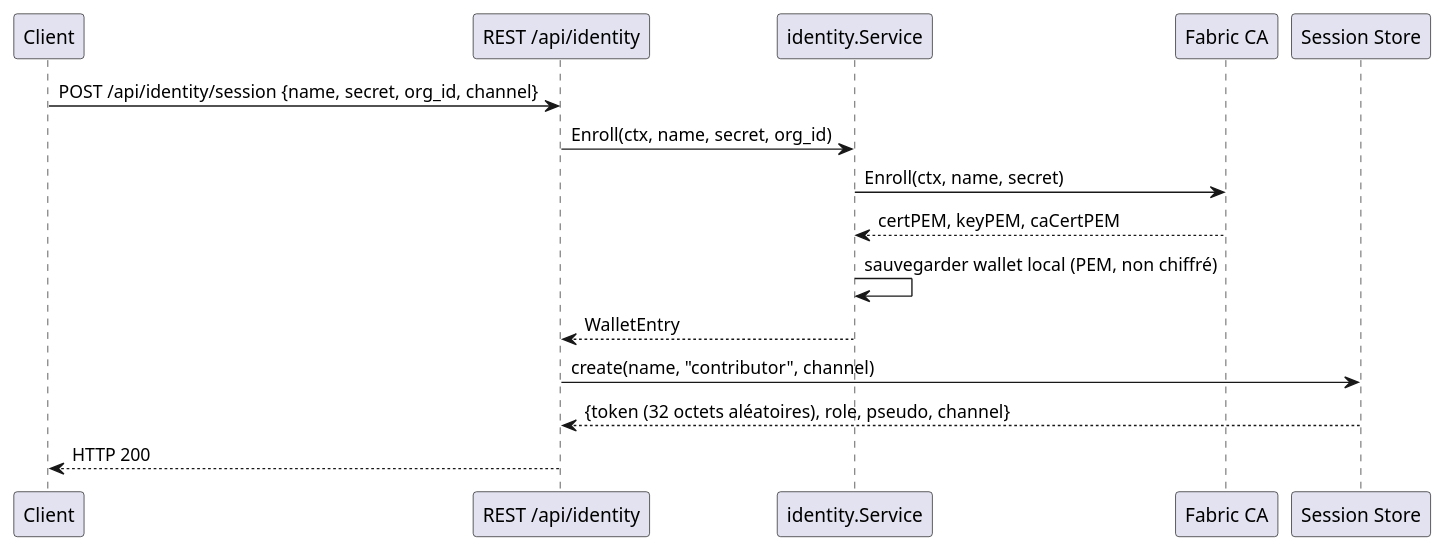
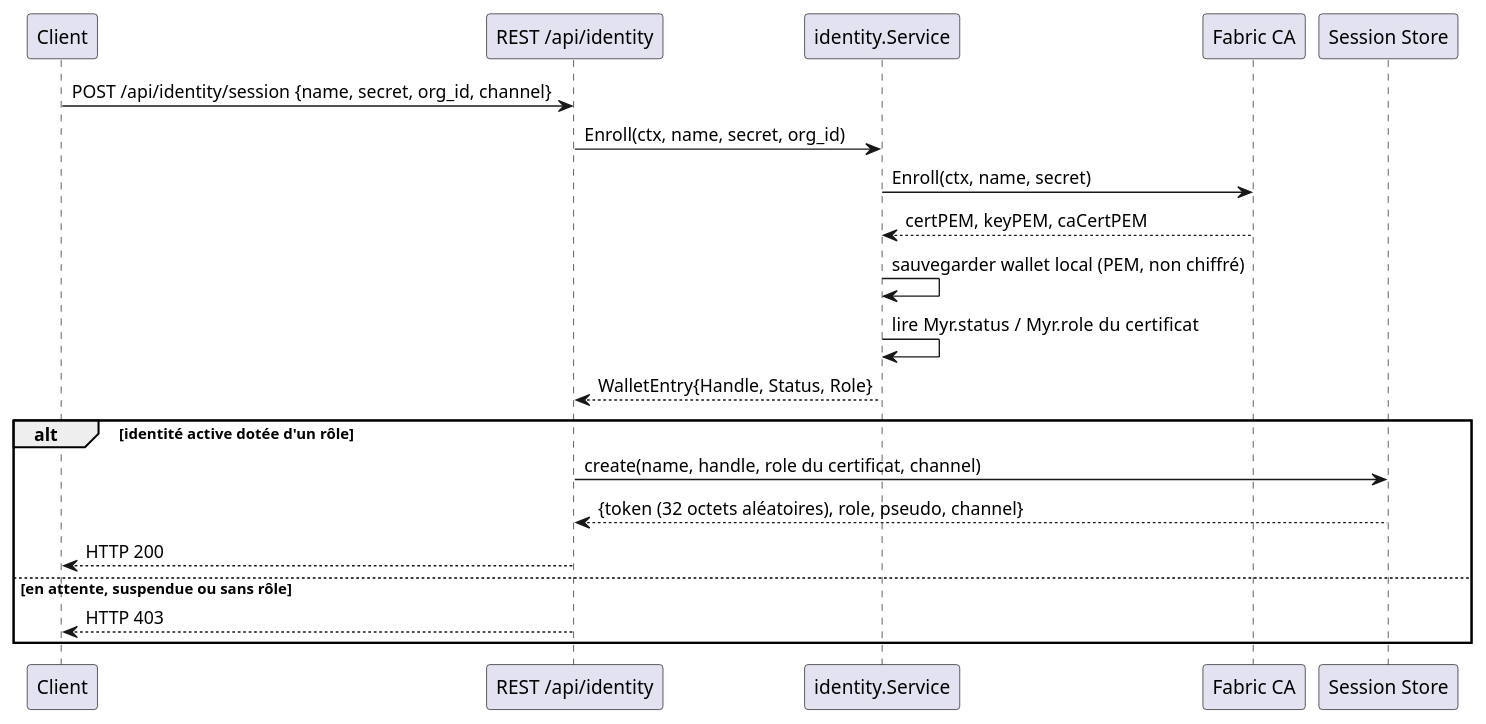
One commit to myr-forge/myr-core changed the second of 3 diagrams in specs/3-Conception/Securite.md. Above: the diagram before and after it, drawn with PlantUML. The commit also changed other lines of this file and 28 other files, not shown here.

First line of the commit message:
feat(identity): read role and status from the certificate, apply network registration rules

````diff
--- a/specs/3-Conception/Securite.md
+++ b/specs/3-Conception/Securite.md
@@ -61,19 +61,24 @@
 ```plantuml
 @startuml
 participant "Client" as C
 participant "REST /api/identity" as REST
 participant "identity.Service" as ISVC
 participant "Fabric CA" as CA
 participant "Session Store" as SESS
 
 C -> REST : POST /api/identity/session {name, secret, org_id, channel}
 REST -> ISVC : Enroll(ctx, name, secret, org_id)
 ISVC -> CA : Enroll(ctx, name, secret)
 CA --> ISVC : certPEM, keyPEM, caCertPEM
 ISVC -> ISVC : sauvegarder wallet local (PEM, non chiffré)
-ISVC --> REST : WalletEntry
-REST -> SESS : create(name, "contributor", channel)
-SESS --> REST : {token (32 octets aléatoires), role, pseudo, channel}
-REST --> C : HTTP 200
+ISVC -> ISVC : lire Myr.status / Myr.role du certificat
+ISVC --> REST : WalletEntry{Handle, Status, Role}
+alt identité active dotée d'un rôle
+  REST -> SESS : create(name, handle, role du certificat, channel)
+  SESS --> REST : {token (32 octets aléatoires), role, pseudo, channel}
+  REST --> C : HTTP 200
+else en attente, suspendue ou sans rôle
+  REST --> C : HTTP 403
+end
 @enduml
 ```
````
